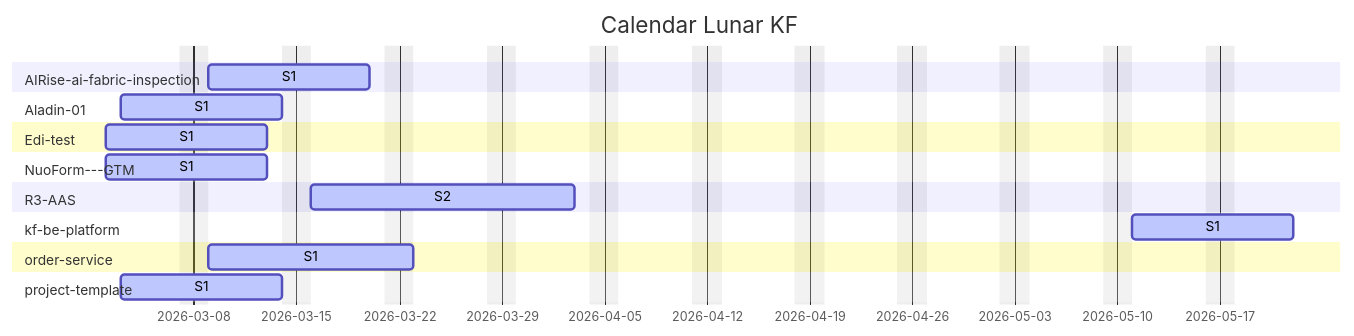
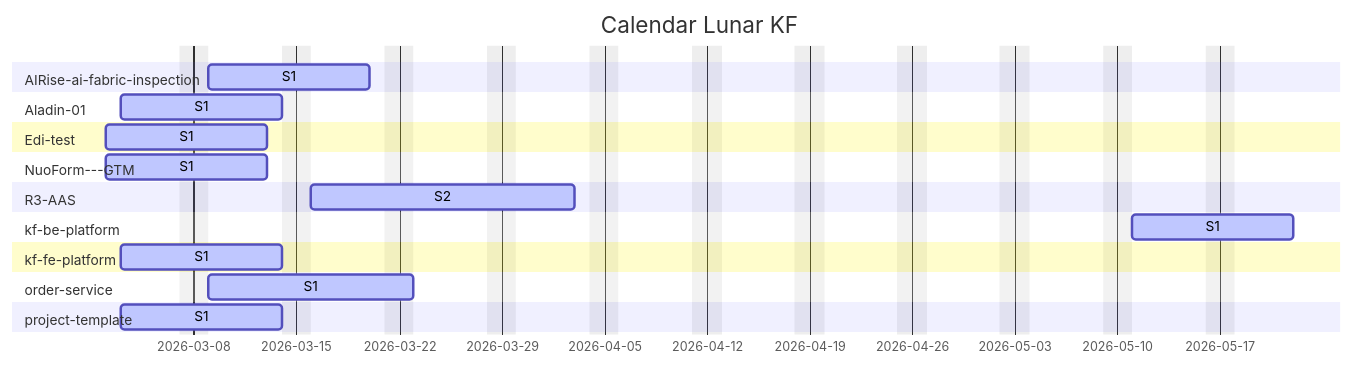
Before and after one commit to Katty-Fashion/kf-cpto: the second of 2 diagrams in docs/unified-calendar.md, drawn with Mermaid. The commit also changed other lines of this file and 11 other files, not shown here.

````diff
--- a/docs/unified-calendar.md
+++ b/docs/unified-calendar.md
@@ -22,23 +22,25 @@
 ```mermaid
 gantt
     title Calendar Lunar KF
     dateFormat YYYY-MM-DD
     excludes weekends
 
     section AIRise-ai-fabric-inspection
     S1 :active, 2026-03-09, 2026-03-20
     section Aladin-01
     S1 :active, 2026-03-03, 2026-03-14
     section Edi-test
     S1 :active, 2026-03-02, 2026-03-13
     section NuoForm---GTM
     S1 :active, 2026-03-02, 2026-03-13
     section R3-AAS
     S2 :active, 2026-03-16, 2026-04-03
     section kf-be-platform
     S1 :active, 2026-05-11, 2026-05-22
+    section kf-fe-platform
+    S1 :active, 2026-03-03, 2026-03-14
     section order-service
     S1 :active, 2026-03-09, 2026-03-23
     section project-template
     S1 :active, 2026-03-03, 2026-03-14
 ```
````
